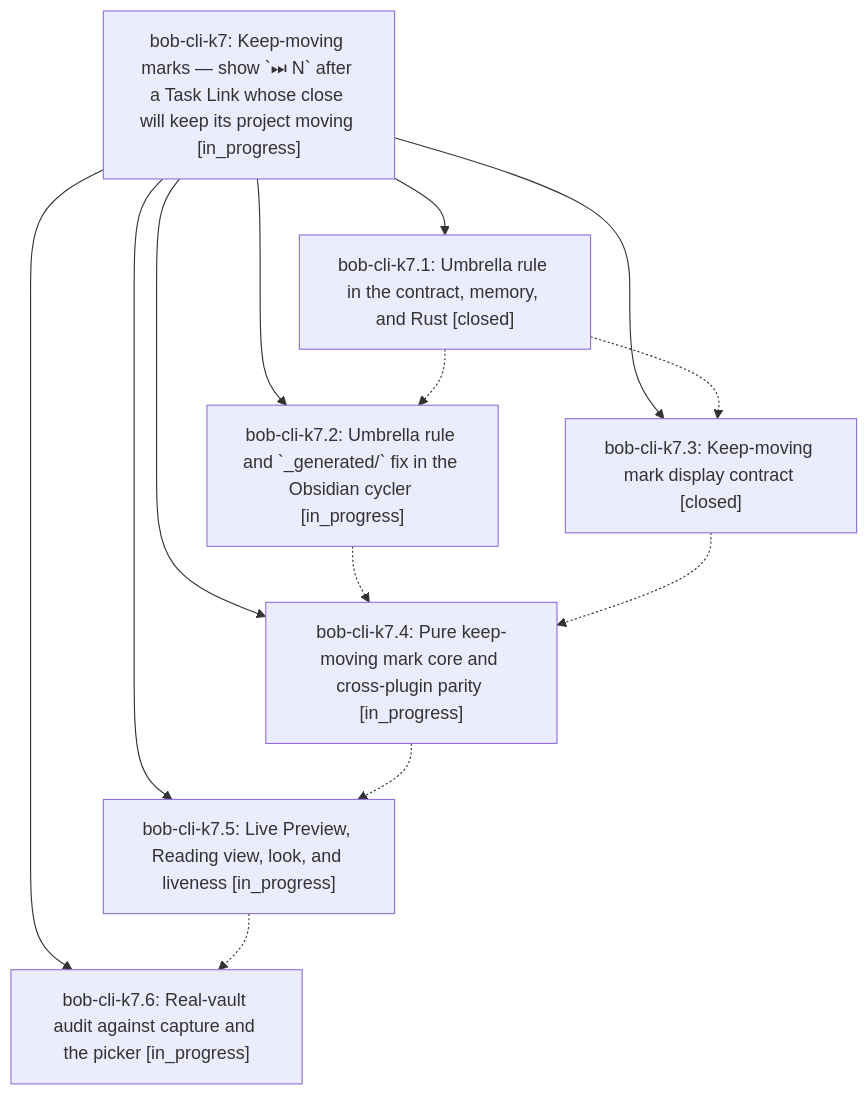
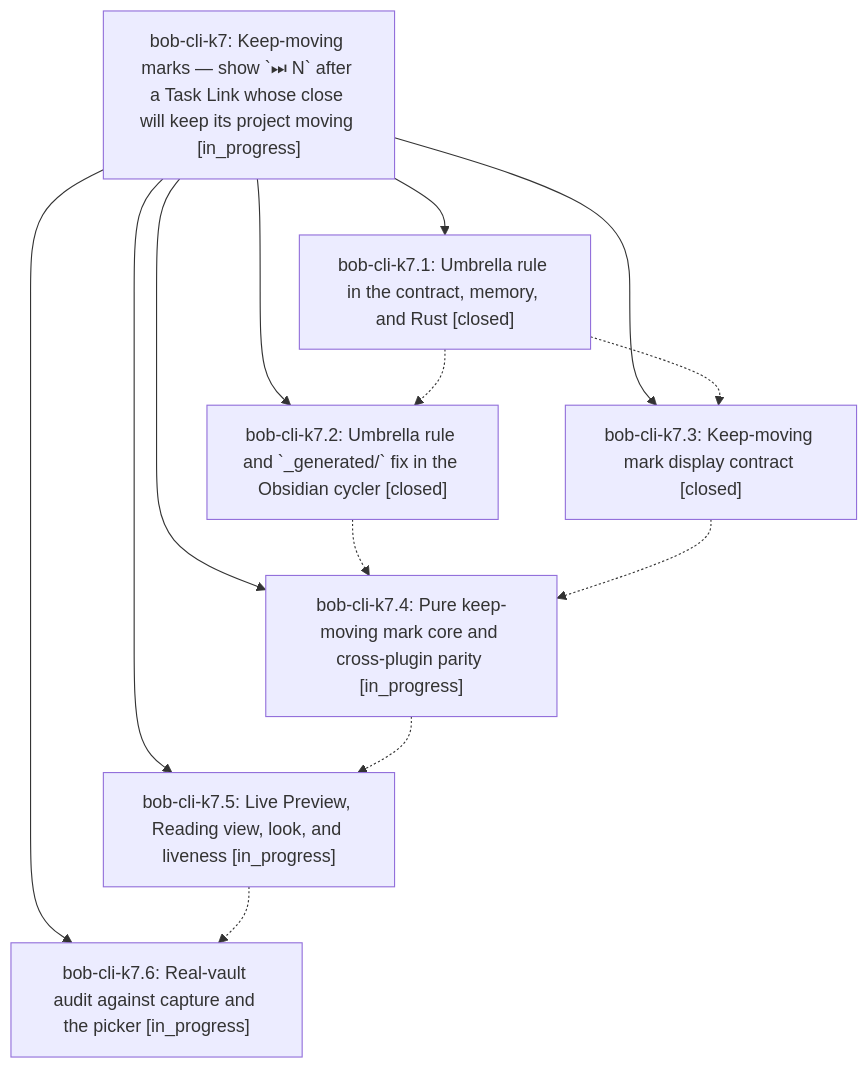
One commit to bobs-org/bob-cli--beads changed the diagram in pages/bob-cli-k7/README.md. Above: the diagram before and after it, drawn with Mermaid. The commit also changed other lines of this file and 4 other files, not shown here.

First line of the commit message:
chore(beads): sync bead state and pages for bob-cli-k7

````diff
--- a/pages/bob-cli-k7/README.md
+++ b/pages/bob-cli-k7/README.md
@@ -39,22 +39,22 @@
 ```mermaid
 flowchart TD
     n0["bob-cli-k7: Keep-moving marks — show `⏭ N` after a Task Link whose close will keep its project moving [in_progress]"]
     n1["bob-cli-k7.1: Umbrella rule in the contract, memory, and Rust [closed]"]
-    n2["bob-cli-k7.2: Umbrella rule and `_generated/` fix in the Obsidian cycler [in_progress]"]
+    n2["bob-cli-k7.2: Umbrella rule and `_generated/` fix in the Obsidian cycler [closed]"]
     n3["bob-cli-k7.3: Keep-moving mark display contract [closed]"]
     n4["bob-cli-k7.4: Pure keep-moving mark core and cross-plugin parity [in_progress]"]
     n5["bob-cli-k7.5: Live Preview, Reading view, look, and liveness [in_progress]"]
     n6["bob-cli-k7.6: Real-vault audit against capture and the picker [in_progress]"]
     n0 --> n1
     n0 --> n2
     n0 --> n3
     n0 --> n4
     n0 --> n5
     n0 --> n6
     n1 -.-> n2
     n1 -.-> n3
     n2 -.-> n4
     n3 -.-> n4
     n4 -.-> n5
     n5 -.-> n6
 ```
````
